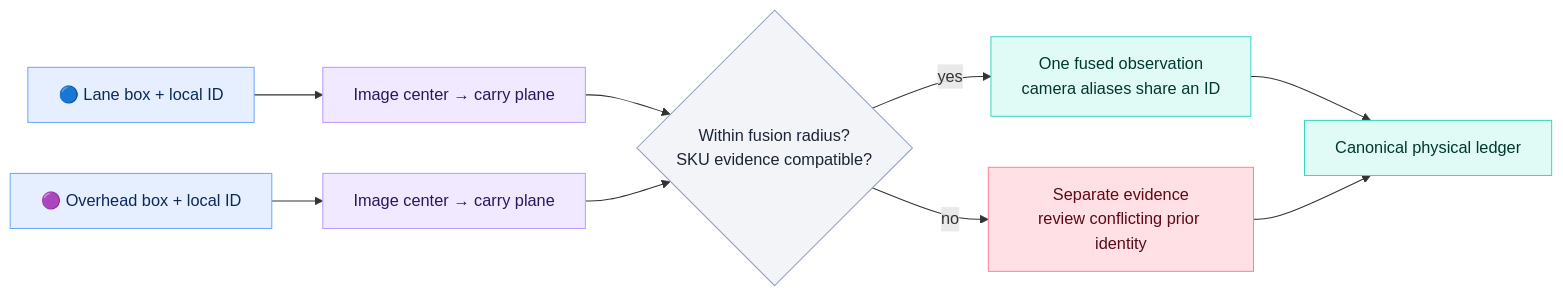
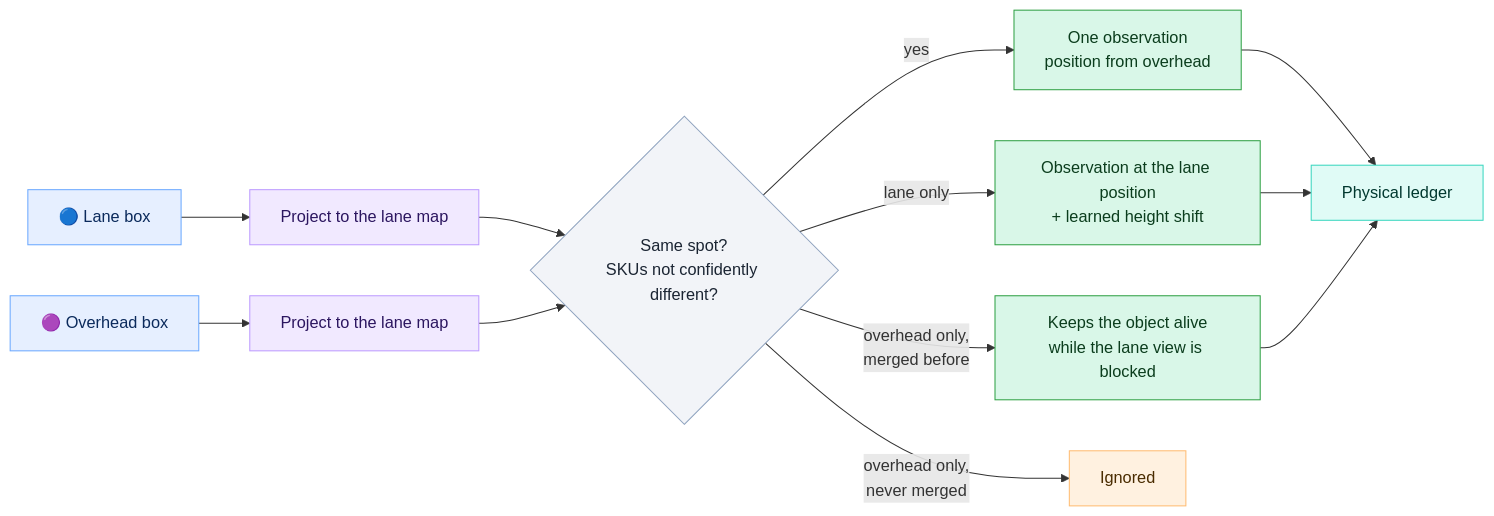
One commit to dangermos/ProPass changed the second of 4 diagrams in docs/vision.md. Above: the diagram before and after it, drawn with Mermaid. The commit also changed other lines of this file and 19 other files, not shown here.

````diff
--- a/docs/vision.md
+++ b/docs/vision.md
@@ -51,16 +59,20 @@
 ```mermaid
 flowchart LR
-    A["🔵 Lane box + local ID"]:::cam --> H1["Image center → carry plane"]:::geo
-    B["🟣 Overhead box + local ID"]:::cam --> H2["Image center → carry plane"]:::geo
-    H1 --> F{"Within fusion radius?<br/>SKU evidence compatible?"}:::q
-    H2 --> F
-    F -- yes --> U["One fused observation<br/>camera aliases share an ID"]:::good
-    F -- no --> S["Separate evidence<br/>review conflicting prior identity"]:::warn
-    U --> L["Canonical physical ledger"]:::good
-    S --> L
+    A["🔵 Lane box"]:::cam --> P["Project to the lane map"]:::geo
+    B["🟣 Overhead box"]:::cam --> Q["Project to the lane map"]:::geo
+    P --> F{"Same spot?<br/>SKUs not confidently different?"}:::q
+    Q --> F
+    F -- "yes" --> U["One observation<br/>position from overhead"]:::good
+    F -- "lane only" --> L1["Observation at the lane position<br/>+ learned height shift"]:::good
+    F -- "overhead only,<br/>merged before" --> K["Keeps the object alive<br/>while the lane view is blocked"]:::good
+    F -- "overhead only,<br/>never merged" --> X["Ignored"]:::warn
+    U --> L["Physical ledger"]:::led
+    L1 --> L
+    K --> L
     classDef cam fill:#e6efff,stroke:#6aa8ff,color:#0b2a5c
     classDef geo fill:#f1e9ff,stroke:#bd9aff,color:#2c1660
     classDef q fill:#f2f4f8,stroke:#8fa3bf,color:#1b2533
-    classDef good fill:#e0fbf6,stroke:#38d6bf,color:#00382f
-    classDef warn fill:#ffe1e5,stroke:#ff8293,color:#5c0a17
+    classDef good fill:#d9f7e8,stroke:#2ea043,color:#0b3d1d
+    classDef warn fill:#fff1e0,stroke:#ffbb71,color:#4a2c00
+    classDef led fill:#e0fbf6,stroke:#38d6bf,color:#00382f
 ```
````
